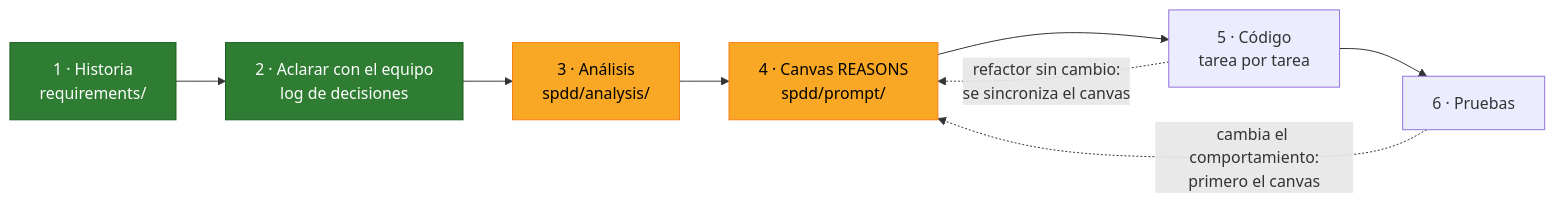
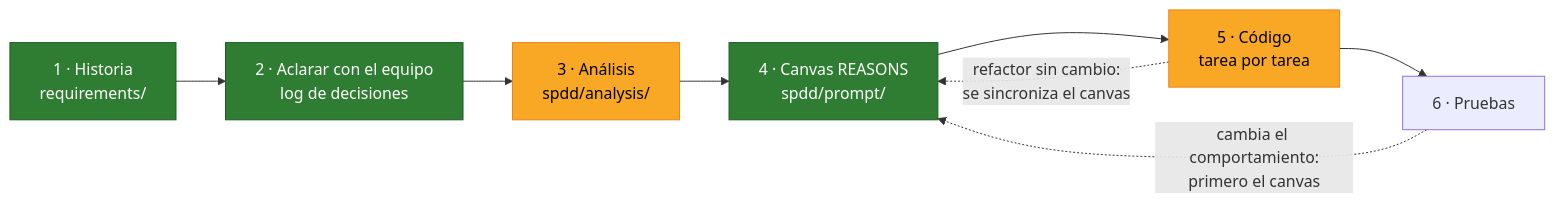
One commit to Maria-Fernanda-Ruiz/agregador-resiliente changed the first of 4 diagrams in README.md. Above: the diagram before and after it, drawn with Mermaid. The commit also changed other lines of this file and 5 other files, not shown here.

````diff
--- a/README.md
+++ b/README.md
@@ -20,14 +18,14 @@
 ```mermaid
 flowchart LR
     H["1 · Historia<br/>requirements/"] --> C["2 · Aclarar con el equipo<br/>log de decisiones"]
     C --> AN["3 · Análisis<br/>spdd/analysis/"]
     AN --> CV["4 · Canvas REASONS<br/>spdd/prompt/"]
     CV --> G["5 · Código<br/>tarea por tarea"]
     G --> T["6 · Pruebas"]
     T -.->|"cambia el comportamiento:<br/>primero el canvas"| CV
     G -.->|"refactor sin cambio:<br/>se sincroniza el canvas"| CV
     classDef hecho fill:#2e7d32,stroke:#1b5e20,color:#ffffff
     classDef actual fill:#f9a825,stroke:#f57f17,color:#000000
-    class H,C hecho
-    class AN,CV actual
+    class H,C,CV hecho
+    class AN,G actual
 ```
````
